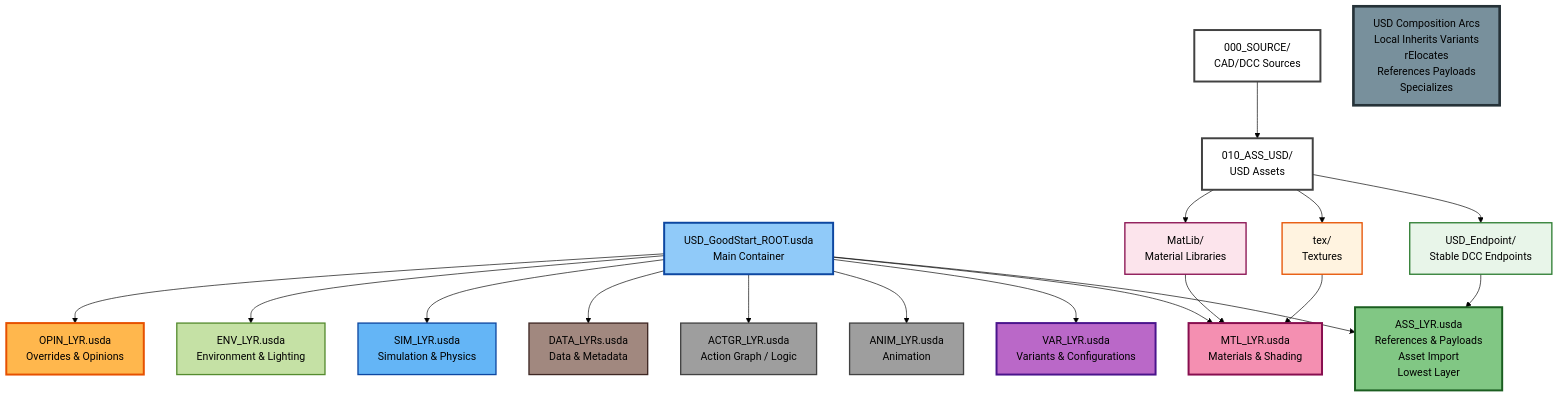
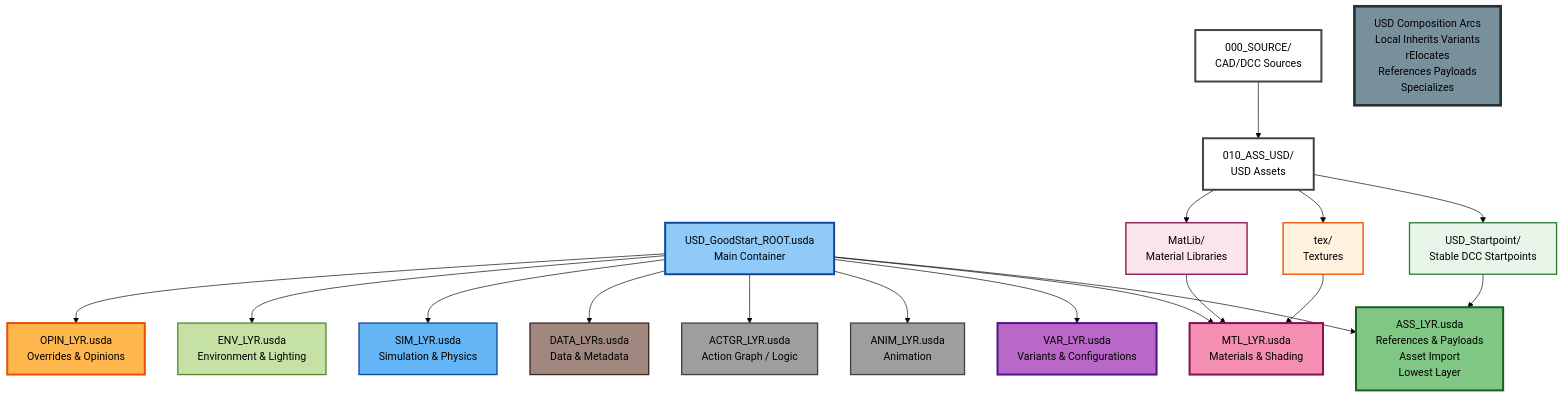
Before and after one commit to jph2/USD_GoodStart: the diagram in README.md, drawn with Mermaid (forest theme). The commit also changed other lines of this file and 9 other files, not shown here.

First line of the commit message:
Reframe USD Endpoint to USD Startpoint perspective - v0.9.4

````diff
--- a/README.md
+++ b/README.md
@@ -53,40 +53,40 @@
 ```mermaid
 graph TD
     Root[USD_GoodStart_ROOT.usda<br/>Main Container] --> Opinion[OPIN_LYR.usda<br/>Overrides & Opinions]
     Root --> Env[ENV_LYR.usda<br/>Environment & Lighting]
     Root --> Sim[SIM_LYR.usda<br/>Simulation & Physics]
     Root --> Data[DATA_LYRs.usda<br/>Data & Metadata]
     Root --> Actgr[ACTGR_LYR.usda<br/>Action Graph / Logic]
     Root --> Anim[ANIM_LYR.usda<br/>Animation]
     Root --> Variant[VAR_LYR.usda<br/>Variants & Configurations]
     Root --> Material[MTL_LYR.usda<br/>Materials & Shading]
     Root --> Asset[ASS_LYR.usda<br/>References & Payloads<br/>Asset Import<br/>Lowest Layer]
     
     Source[000_SOURCE/<br/>CAD/DCC Sources] --> Assets[010_ASS_USD/<br/>USD Assets]
     Assets --> MatLib[MatLib/<br/>Material Libraries]
     Assets --> Tex[tex/<br/>Textures]
-    Assets --> Endpoint[USD_Endpoint/<br/>Stable DCC Endpoints]
+    Assets --> Startpoint[USD_Startpoint/<br/>Stable DCC Startpoints]
     
-    Endpoint --> Asset
+    Startpoint --> Asset
     MatLib --> Material
     Tex --> Material
     
     Composition[USD Composition Arcs<br/>Local Inherits Variants<br/>rElocates<br/>References Payloads<br/>Specializes]
     
     style Root fill:#90caf9,stroke:#0d47a1,stroke-width:3px,color:#000
     style Asset fill:#81c784,stroke:#1b5e20,stroke-width:3px,color:#000
     style Opinion fill:#ffb74d,stroke:#e65100,stroke-width:3px,color:#000
     style Variant fill:#ba68c8,stroke:#4a148c,stroke-width:3px,color:#000
     style Material fill:#f48fb1,stroke:#880e4f,stroke-width:3px,color:#000
     style Sim fill:#64b5f6,stroke:#0d47a1,stroke-width:2px,color:#000
     style Data fill:#a1887f,stroke:#3e2723,stroke-width:2px,color:#000
     style Env fill:#c5e1a5,stroke:#558b2f,stroke-width:2px,color:#000
     style Actgr fill:#9e9e9e,stroke:#424242,stroke-width:2px,color:#000
     style Anim fill:#9e9e9e,stroke:#424242,stroke-width:2px,color:#000
     style Composition fill:#78909c,stroke:#263238,stroke-width:4px,color:#000
     style Source fill:#ffffff,stroke:#424242,stroke-width:3px,color:#000
     style Assets fill:#ffffff,stroke:#424242,stroke-width:3px,color:#000
-    style Endpoint fill:#e8f5e9,stroke:#2e7d32,stroke-width:2px,color:#000
+    style Startpoint fill:#e8f5e9,stroke:#2e7d32,stroke-width:2px,color:#000
     style MatLib fill:#fce4ec,stroke:#880e4f,stroke-width:2px,color:#000
     style Tex fill:#fff3e0,stroke:#e65100,stroke-width:2px,color:#000
 ```
````
